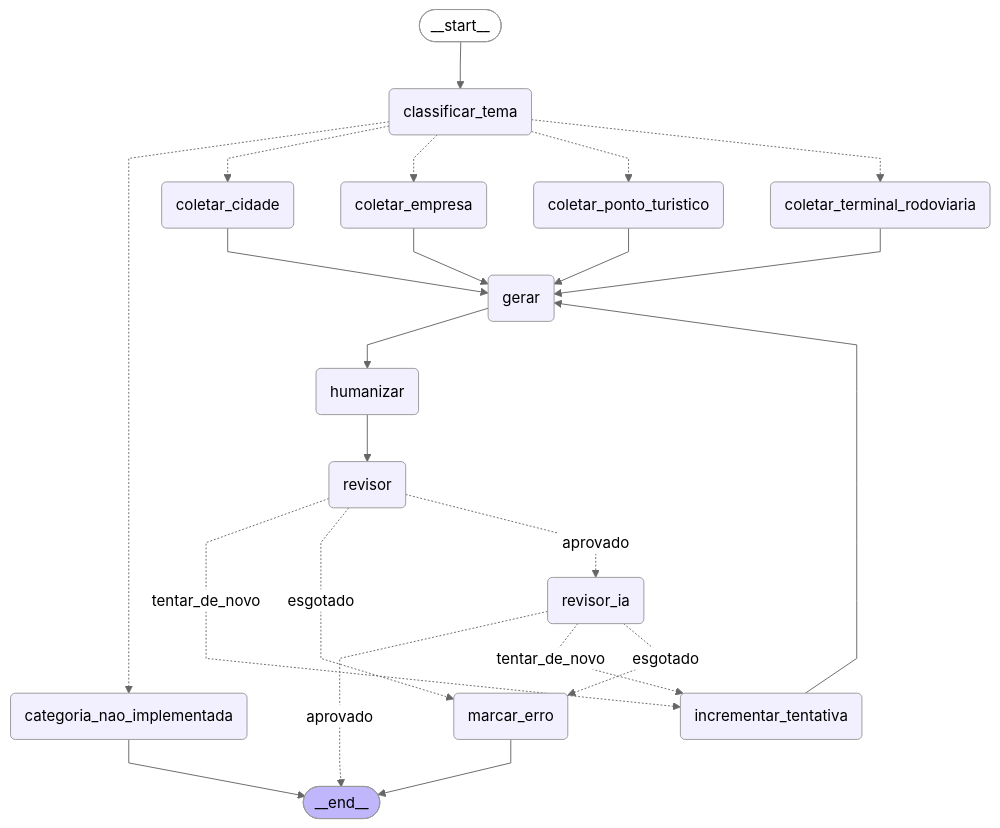
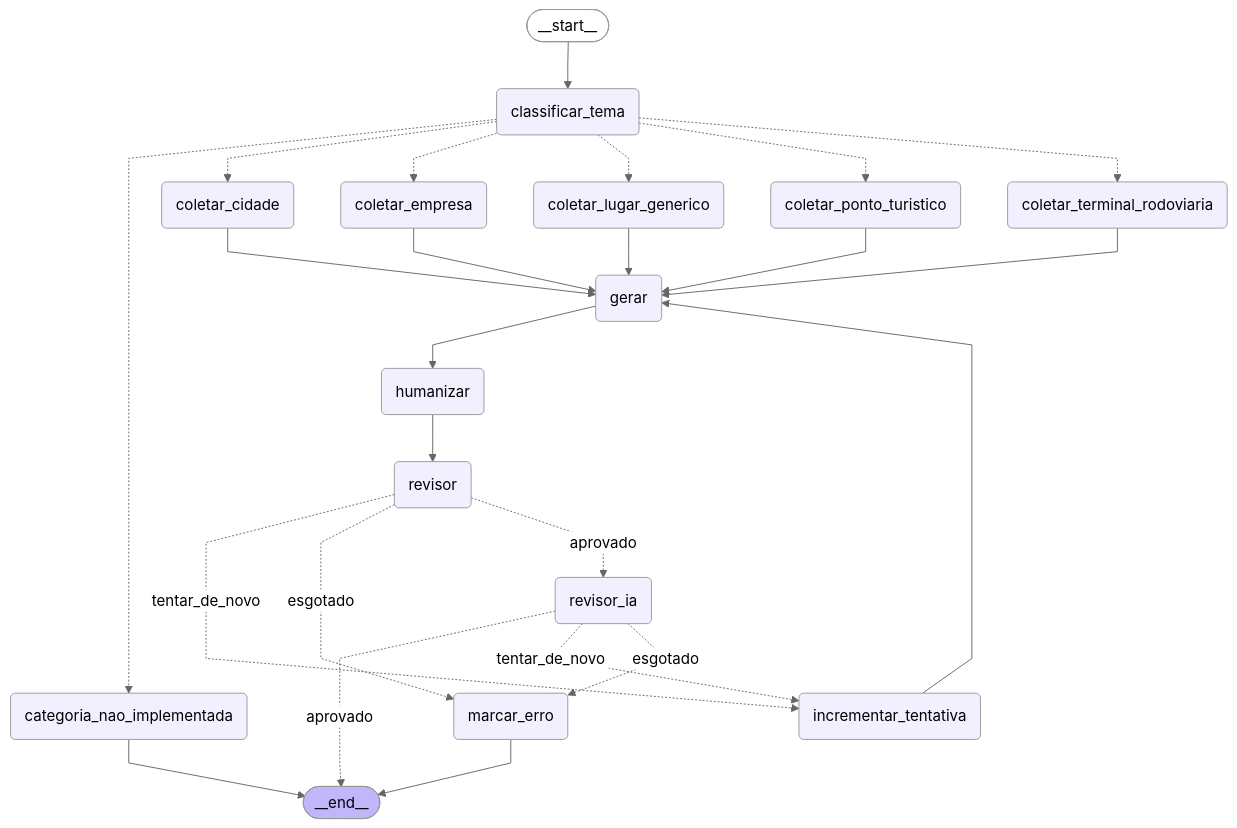
One commit to thomascorreia-data/gerador-conteudo-seo changed the diagram in formatos/descricao/explicacao_descricao_grafo/grafo_descricao.mmd. Above: the diagram before and after it, drawn with Mermaid (neutral theme). The commit also changed 14 other files, not shown here.

```diff
--- a/formatos/descricao/explicacao_descricao_grafo/grafo_descricao.mmd
+++ b/formatos/descricao/explicacao_descricao_grafo/grafo_descricao.mmd
@@ -1,44 +1,47 @@
 ---
 config:
   flowchart:
     curve: linear
 ---
 graph TD;
 	__start__([<p>__start__</p>]):::first
 	classificar_tema(classificar_tema)
 	coletar_empresa(coletar_empresa)
 	coletar_ponto_turistico(coletar_ponto_turistico)
 	coletar_cidade(coletar_cidade)
 	coletar_terminal_rodoviaria(coletar_terminal_rodoviaria)
+	coletar_lugar_generico(coletar_lugar_generico)
 	categoria_nao_implementada(categoria_nao_implementada)
 	gerar(gerar)
 	humanizar(humanizar)
 	revisor(revisor)
 	revisor_ia(revisor_ia)
 	incrementar_tentativa(incrementar_tentativa)
 	marcar_erro(marcar_erro)
 	__end__([<p>__end__</p>]):::last
 	__start__ --> classificar_tema;
 	classificar_tema -.-> categoria_nao_implementada;
 	classificar_tema -.-> coletar_cidade;
 	classificar_tema -.-> coletar_empresa;
+	classificar_tema -.-> coletar_lugar_generico;
 	classificar_tema -.-> coletar_ponto_turistico;
 	classificar_tema -.-> coletar_terminal_rodoviaria;
 	coletar_cidade --> gerar;
 	coletar_empresa --> gerar;
+	coletar_lugar_generico --> gerar;
 	coletar_ponto_turistico --> gerar;
 	coletar_terminal_rodoviaria --> gerar;
 	gerar --> humanizar;
 	humanizar --> revisor;
 	incrementar_tentativa --> gerar;
 	revisor -. &nbsp;tentar_de_novo&nbsp; .-> incrementar_tentativa;
 	revisor -. &nbsp;esgotado&nbsp; .-> marcar_erro;
 	revisor -. &nbsp;aprovado&nbsp; .-> revisor_ia;
 	revisor_ia -. &nbsp;aprovado&nbsp; .-> __end__;
 	revisor_ia -. &nbsp;tentar_de_novo&nbsp; .-> incrementar_tentativa;
 	revisor_ia -. &nbsp;esgotado&nbsp; .-> marcar_erro;
 	categoria_nao_implementada --> __end__;
 	marcar_erro --> __end__;
 	classDef default fill:#f2f0ff,line-height:1.2
 	classDef first fill-opacity:0
 	classDef last fill:#bfb6fc
```
